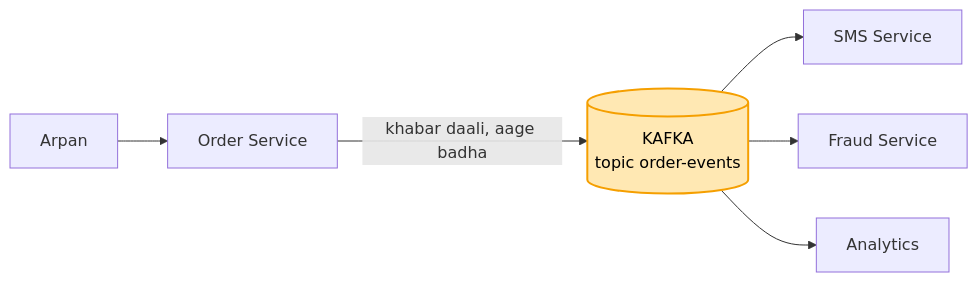
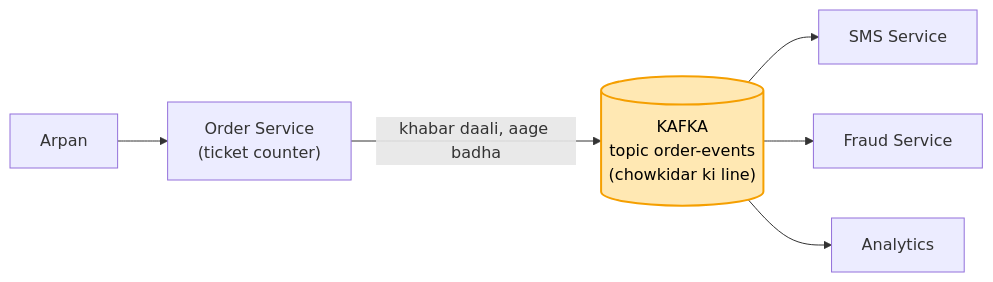
The second of 8 diagrams in 04_HLD/SYSTEM_DESIGNS/12_message_queue_kafka/12_message_queue_kafka.md (ArpanMaheshwari144/Prep), drawn with Mermaid before and after one commit. The commit also changed other lines of this file and 1 other file, not shown here.

Commit message:
HLD kafka main file: har kadam pe ek Stadium line + diagram me technical naam ke saath bracket me stadium naam; notes block 6 checker (bookmark consumer likhta)

````diff
--- a/04_HLD/SYSTEM_DESIGNS/12_message_queue_kafka/12_message_queue_kafka.md
+++ b/04_HLD/SYSTEM_DESIGNS/12_message_queue_kafka/12_message_queue_kafka.md
@@ -86,9 +90,9 @@
 ```mermaid
 flowchart LR
-    U["Arpan"] --> O["Order Service"]
-    O -- "khabar daali, aage badha" --> T[("KAFKA<br/>topic order-events")]
+    U["Arpan"] --> O["Order Service<br/>(ticket counter)"]
+    O -- "khabar daali, aage badha" --> T[("KAFKA<br/>topic order-events<br/>(chowkidar ki line)")]
     T --> S["SMS Service"]
     T --> F["Fraud Service"]
     T --> A["Analytics"]
     style T fill:#ffe8b3,stroke:#f59f00,stroke-width:2px,color:#000
 ```
````
